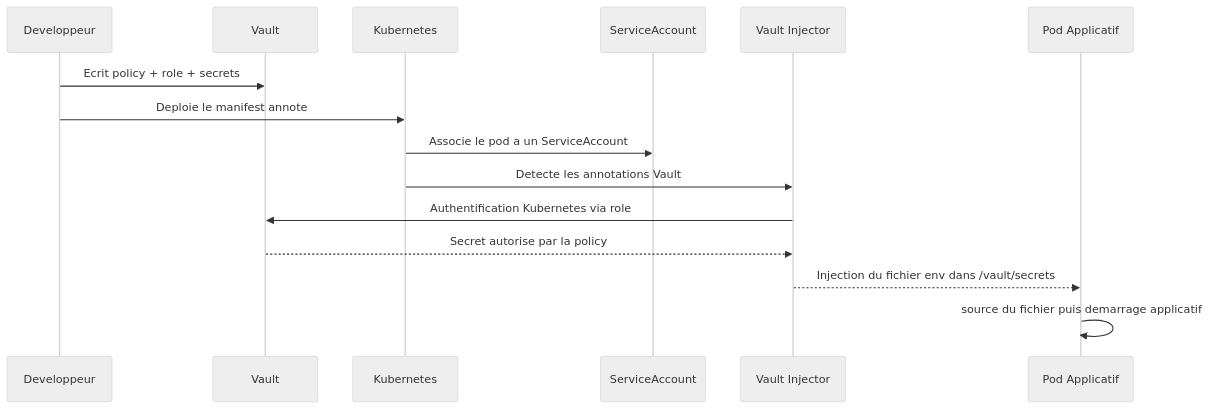
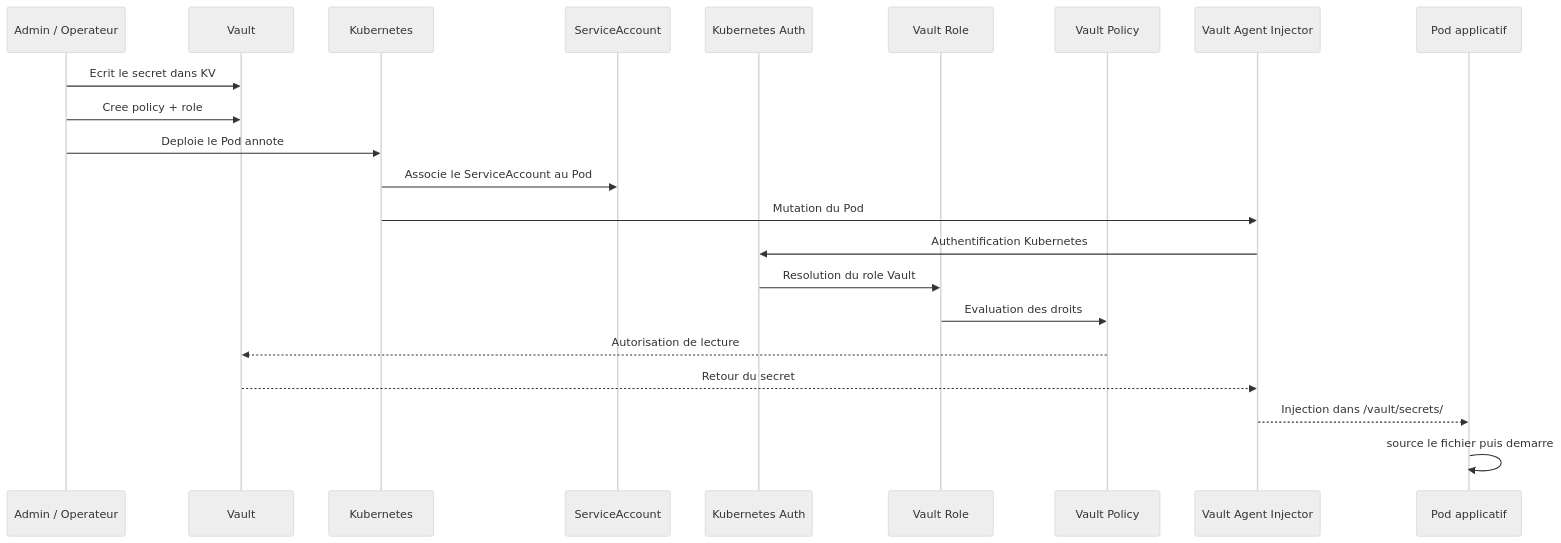
The second of 4 diagrams in docs/ARCHITECTURE.md (RobinThiriet/Vault_Terraform_GitHub_Actions_Securisee), drawn with Mermaid (neutral theme) before and after one commit. The commit also changed other lines of this file and 1 other file, not shown here.

````diff
--- a/docs/ARCHITECTURE.md
+++ b/docs/ARCHITECTURE.md
@@ -135,18 +90,25 @@
 ```mermaid
 sequenceDiagram
-    participant Dev as Developpeur
+    participant Admin as Admin / Operateur
     participant Vault as Vault
     participant K8S as Kubernetes
     participant SA as ServiceAccount
-    participant Inj as Vault Injector
-    participant Pod as Pod Applicatif
+    participant Auth as Kubernetes Auth
+    participant Role as Vault Role
+    participant Policy as Vault Policy
+    participant Inj as Vault Agent Injector
+    participant Pod as Pod applicatif
 
-    Dev->>Vault: Ecrit policy + role + secrets
-    Dev->>K8S: Deploie le manifest annote
-    K8S->>SA: Associe le pod a un ServiceAccount
-    K8S->>Inj: Detecte les annotations Vault
-    Inj->>Vault: Authentification Kubernetes via role
-    Vault-->>Inj: Secret autorise par la policy
-    Inj-->>Pod: Injection du fichier env dans /vault/secrets
-    Pod->>Pod: source du fichier puis demarrage applicatif
+    Admin->>Vault: Ecrit le secret dans KV
+    Admin->>Vault: Cree policy + role
+    Admin->>K8S: Deploie le Pod annote
+    K8S->>SA: Associe le ServiceAccount au Pod
+    K8S->>Inj: Mutation du Pod
+    Inj->>Auth: Authentification Kubernetes
+    Auth->>Role: Resolution du role Vault
+    Role->>Policy: Evaluation des droits
+    Policy-->>Vault: Autorisation de lecture
+    Vault-->>Inj: Retour du secret
+    Inj-->>Pod: Injection dans /vault/secrets/
+    Pod->>Pod: source le fichier puis demarre
 ```
````
